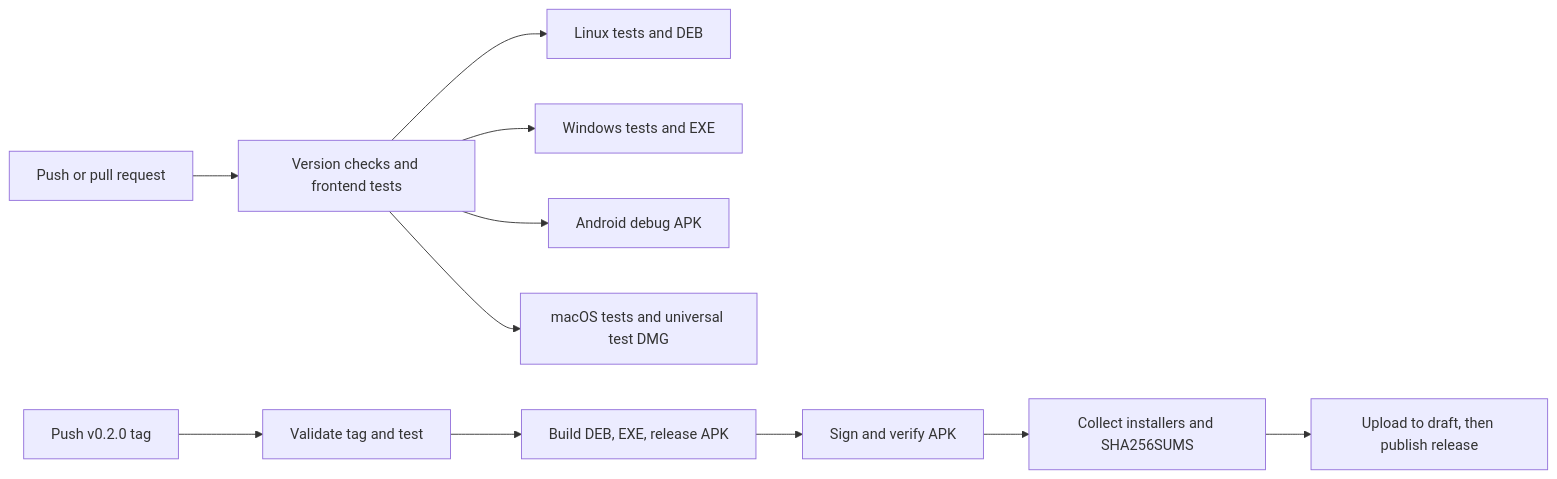
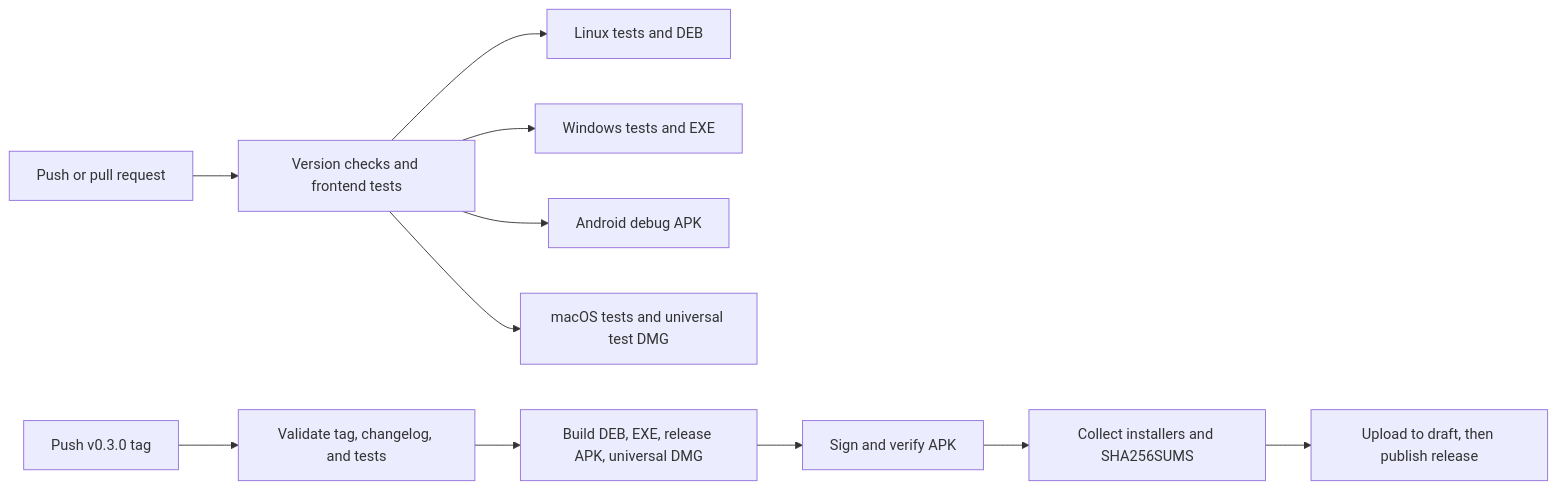
Before and after one commit to shahabbai/PulseDrop: the diagram in docs/github-releases.md, drawn with Mermaid. The commit also changed other lines of this file and 2 other files, not shown here.

Commit message:
ci: publish macOS installers and full release changelog

````diff
--- a/docs/github-releases.md
+++ b/docs/github-releases.md
@@ -7,13 +9,13 @@
 ```mermaid
 flowchart LR
     A[Push or pull request] --> B[Version checks and frontend tests]
     B --> C[Linux tests and DEB]
     B --> D[Windows tests and EXE]
     B --> E[Android debug APK]
     B --> M[macOS tests and universal test DMG]
-    F[Push v0.2.0 tag] --> G[Validate tag and test]
-    G --> H[Build DEB, EXE, release APK]
+    F[Push v0.3.0 tag] --> G[Validate tag, changelog, and tests]
+    G --> H[Build DEB, EXE, release APK, universal DMG]
     H --> I[Sign and verify APK]
     I --> J[Collect installers and SHA256SUMS]
     J --> K[Upload to draft, then publish release]
 ```
````
